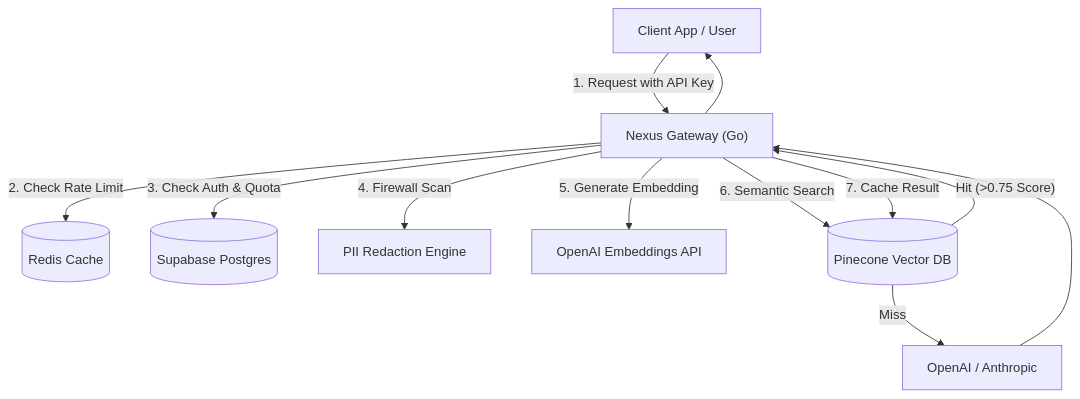
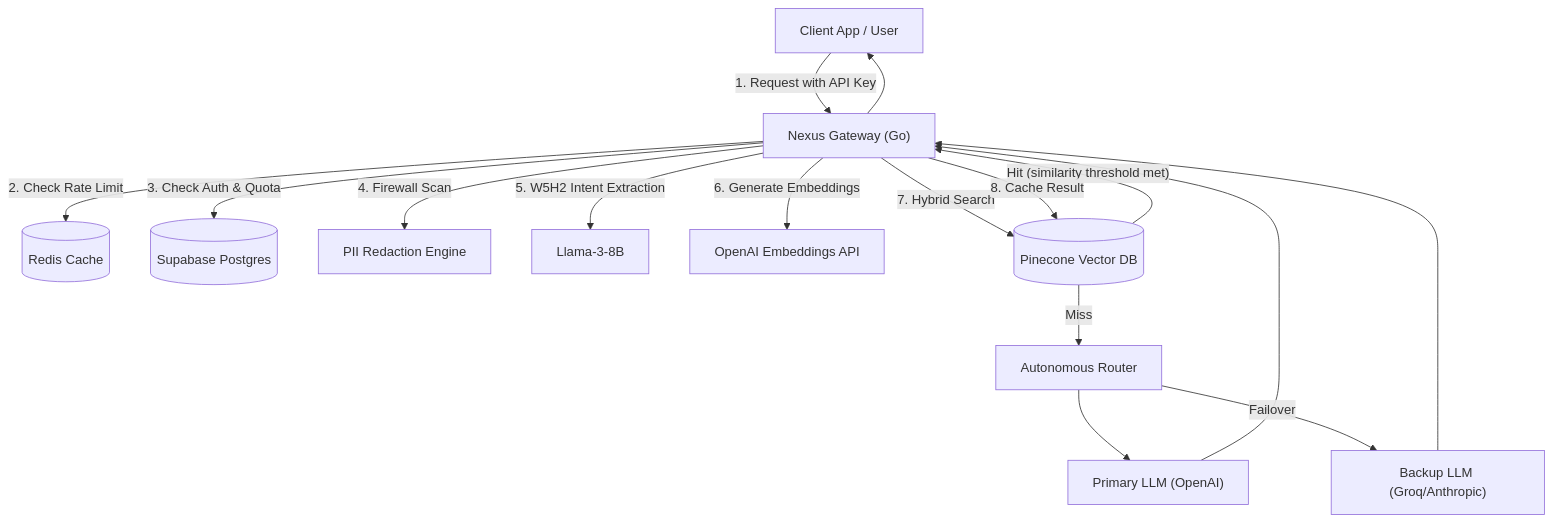
Before and after one commit to ANANDSUNNY0899/NexusGateway: the diagram in README.md, drawn with Mermaid. The commit also changed other lines of this file and 10 other files, not shown here.

Commit message:
feat(core): implement W5H2 intent engine, hybrid vector caching, and autonomous fallback routing

````diff
--- a/README.md
+++ b/README.md
@@ -72,19 +137,25 @@
 ```mermaid
 graph TD
     User["Client App / User"] -->|1. Request with API Key| Go["Nexus Gateway (Go)"]
     Go -->|2. Check Rate Limit| Redis[("Redis Cache")]
     Go -->|3. Check Auth & Quota| DB[("Supabase Postgres")]
     
     Go -->|4. Firewall Scan| PII["PII Redaction Engine"]
     
-    Go -->|5. Generate Embedding| OAI["OpenAI Embeddings API"]
+    Go -->|5. W5H2 Intent Extraction| Llama["Llama-3-8B"]
     
-    Go -->|6. Semantic Search| Pine[("Pinecone Vector DB")]
+    Go -->|6. Generate Embeddings| OAI["OpenAI Embeddings API"]
     
-    Pine -- "Hit (>0.75 Score)" --> Go
-    Pine -- Miss --> LLM["OpenAI / Anthropic"]
+    Go -->|7. Hybrid Search| Pine[("Pinecone Vector DB")]
     
-    LLM --> Go
-    Go -->|7. Cache Result| Pine
+    Pine -- "Hit (similarity threshold met)" --> Go
+    Pine -- Miss --> Router["Autonomous Router"]
+    
+    Router --> Primary["Primary LLM (OpenAI)"]
+    Router -- "Failover" --> Backup["Backup LLM (Groq/Anthropic)"]
+    
+    Primary --> Go
+    Backup --> Go
+    Go -->|8. Cache Result| Pine
     Go --> User
 ```
````
